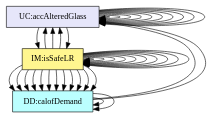
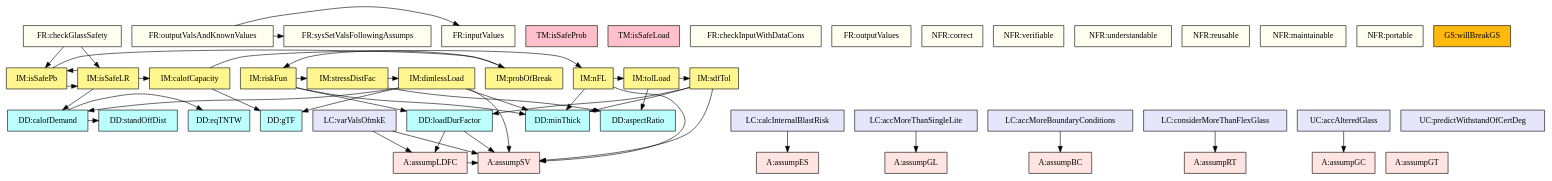
The diagram in code/stable/glassbr/TraceyGraph/allvsall.dot (JacquesCarette/Drasil), drawn with Graphviz before and after one commit. The commit also changed 101 other files, not shown here.

```diff
--- a/code/stable/glassbr/TraceyGraph/allvsall.dot
+++ b/code/stable/glassbr/TraceyGraph/allvsall.dot
@@ -1,134 +1,134 @@
 digraph allvsall {
-	instance:assumpLDFC -> instance:assumpSV;
-	dataDefn:loadDurFactor -> instance:assumpSV;
-	dataDefn:loadDurFactor -> instance:assumpLDFC;
-	dataDefn:demandq -> dataDefn:stdOffDist;
-	dataDefn:demandq -> dataDefn:eqTNTChar;
-	theory:riskFun -> dataDefn:minThick;
-	theory:riskFun -> dataDefn:loadDurFactor;
-	theory:riskFun -> theory:stressDistFac;
-	theory:stressDistFac -> dataDefn:aR;
-	theory:stressDistFac -> theory:dimlessLoad;
-	theory:nFL -> instance:assumpSV;
-	theory:nFL -> dataDefn:minThick;
-	theory:nFL -> theory:tolLoad;
-	theory:dimlessLoad -> instance:assumpSV;
-	theory:dimlessLoad -> dataDefn:minThick;
-	theory:dimlessLoad -> dataDefn:glassTypeFac;
-	theory:dimlessLoad -> dataDefn:demandq;
-	theory:tolLoad -> dataDefn:aR;
-	theory:tolLoad -> theory:sdfTol;
-	theory:sdfTol -> instance:assumpSV;
-	theory:sdfTol -> dataDefn:minThick;
-	theory:sdfTol -> dataDefn:loadDurFactor;
-	theory:probBr -> theory:riskFun;
-	theory:lResistance -> dataDefn:glassTypeFac;
-	theory:lResistance -> theory:nFL;
-	theory:isSafePb -> theory:probBr;
-	theory:isSafePb -> theory:isSafeLR;
-	theory:isSafeLR -> dataDefn:demandq;
-	theory:isSafeLR -> theory:lResistance;
-	theory:isSafeLR -> theory:isSafePb;
-	instance:outputValsAndKnownValues -> instance:inputValues;
-	instance:outputValsAndKnownValues -> instance:sysSetValsFollowingAssumps;
-	instance:checkGlassSafety -> theory:isSafePb;
-	instance:checkGlassSafety -> theory:isSafeLR;
-	instance:calcInternalBlastRisk -> instance:assumpES;
-	instance:varValsOfmkE -> instance:assumpSV;
-	instance:varValsOfmkE -> instance:assumpLDFC;
-	instance:accMoreThanSingleLite -> instance:assumpGL;
-	instance:accMoreBoundaryConditions -> instance:assumpBC;
-	instance:considerMoreThanFlexGlass -> instance:assumpRT;
-	instance:accAlteredGlass -> instance:assumpGC;
+	"instance:assumpLDFC" -> "instance:assumpSV";
+	"dataDefn:loadDurFactor" -> "instance:assumpSV";
+	"dataDefn:loadDurFactor" -> "instance:assumpLDFC";
+	"dataDefn:demandq" -> "dataDefn:stdOffDist";
+	"dataDefn:demandq" -> "dataDefn:eqTNTChar";
+	"theory:riskFun" -> "dataDefn:minThick";
+	"theory:riskFun" -> "dataDefn:loadDurFactor";
+	"theory:riskFun" -> "theory:stressDistFac";
+	"theory:stressDistFac" -> "dataDefn:aR";
+	"theory:stressDistFac" -> "theory:dimlessLoad";
+	"theory:nFL" -> "instance:assumpSV";
+	"theory:nFL" -> "dataDefn:minThick";
+	"theory:nFL" -> "theory:tolLoad";
+	"theory:dimlessLoad" -> "instance:assumpSV";
+	"theory:dimlessLoad" -> "dataDefn:minThick";
+	"theory:dimlessLoad" -> "dataDefn:glassTypeFac";
+	"theory:dimlessLoad" -> "dataDefn:demandq";
+	"theory:tolLoad" -> "dataDefn:aR";
+	"theory:tolLoad" -> "theory:sdfTol";
+	"theory:sdfTol" -> "instance:assumpSV";
+	"theory:sdfTol" -> "dataDefn:minThick";
+	"theory:sdfTol" -> "dataDefn:loadDurFactor";
+	"theory:probBr" -> "theory:riskFun";
+	"theory:lResistance" -> "dataDefn:glassTypeFac";
+	"theory:lResistance" -> "theory:nFL";
+	"theory:isSafePb" -> "theory:probBr";
+	"theory:isSafePb" -> "theory:isSafeLR";
+	"theory:isSafeLR" -> "dataDefn:demandq";
+	"theory:isSafeLR" -> "theory:lResistance";
+	"theory:isSafeLR" -> "theory:isSafePb";
+	"instance:outputValsAndKnownValues" -> "instance:inputValues";
+	"instance:outputValsAndKnownValues" -> "instance:sysSetValsFollowingAssumps";
+	"instance:checkGlassSafety" -> "theory:isSafePb";
+	"instance:checkGlassSafety" -> "theory:isSafeLR";
+	"instance:calcInternalBlastRisk" -> "instance:assumpES";
+	"instance:varValsOfmkE" -> "instance:assumpSV";
+	"instance:varValsOfmkE" -> "instance:assumpLDFC";
+	"instance:accMoreThanSingleLite" -> "instance:assumpGL";
+	"instance:accMoreBoundaryConditions" -> "instance:assumpBC";
+	"instance:considerMoreThanFlexGlass" -> "instance:assumpRT";
+	"instance:accAlteredGlass" -> "instance:assumpGC";
 
 
-	instance:assumpGT	[shape=box, color=black, style=filled, fillcolor=mistyrose, label="A:assumpGT"];
-	instance:assumpGC	[shape=box, color=black, style=filled, fillcolor=mistyrose, label="A:assumpGC"];
-	instance:assumpES	[shape=box, color=black, style=filled, fillcolor=mistyrose, label="A:assumpES"];
-	instance:assumpSV	[shape=box, color=black, style=filled, fillcolor=mistyrose, label="A:assumpSV"];
-	instance:assumpGL	[shape=box, color=black, style=filled, fillcolor=mistyrose, label="A:assumpGL"];
-	instance:assumpBC	[shape=box, color=black, style=filled, fillcolor=mistyrose, label="A:assumpBC"];
-	instance:assumpRT	[shape=box, color=black, style=filled, fillcolor=mistyrose, label="A:assumpRT"];
-	instance:assumpLDFC	[shape=box, color=black, style=filled, fillcolor=mistyrose, label="A:assumpLDFC"];
+	"instance:assumpGT"	[shape=box, color=black, style=filled, fillcolor=mistyrose, label="A:assumpGT"];
+	"instance:assumpGC"	[shape=box, color=black, style=filled, fillcolor=mistyrose, label="A:assumpGC"];
+	"instance:assumpES"	[shape=box, color=black, style=filled, fillcolor=mistyrose, label="A:assumpES"];
+	"instance:assumpSV"	[shape=box, color=black, style=filled, fillcolor=mistyrose, label="A:assumpSV"];
+	"instance:assumpGL"	[shape=box, color=black, style=filled, fillcolor=mistyrose, label="A:assumpGL"];
+	"instance:assumpBC"	[shape=box, color=black, style=filled, fillcolor=mistyrose, label="A:assumpBC"];
+	"instance:assumpRT"	[shape=box, color=black, style=filled, fillcolor=mistyrose, label="A:assumpRT"];
+	"instance:assumpLDFC"	[shape=box, color=black, style=filled, fillcolor=mistyrose, label="A:assumpLDFC"];
 
 	subgraph A {
 	rank="same"
-	{instance:assumpGT, instance:assumpGC, instance:assumpES, instance:assumpSV, instance:assumpGL, instance:assumpBC, instance:assumpRT, instance:assumpLDFC}
+	{"instance:assumpGT", "instance:assumpGC", "instance:assumpES", "instance:assumpSV", "instance:assumpGL", "instance:assumpBC", "instance:assumpRT", "instance:assumpLDFC"}
 	}
 
-	dataDefn:minThick	[shape=box, color=black, style=filled, fillcolor=paleturquoise1, label="DD:minThick"];
-	dataDefn:loadDurFactor	[shape=box, color=black, style=filled, fillcolor=paleturquoise1, label="DD:loadDurFactor"];
-	dataDefn:glassTypeFac	[shape=box, color=black, style=filled, fillcolor=paleturquoise1, label="DD:gTF"];
-	dataDefn:stdOffDist	[shape=box, color=black, style=filled, fillcolor=paleturquoise1, label="DD:standOffDist"];
-	dataDefn:aR	[shape=box, color=black, style=filled, fillcolor=paleturquoise1, label="DD:aspectRatio"];
-	dataDefn:eqTNTChar	[shape=box, color=black, style=filled, fillcolor=paleturquoise1, label="DD:eqTNTW"];
-	dataDefn:demandq	[shape=box, color=black, style=filled, fillcolor=paleturquoise1, label="DD:calofDemand"];
+	"dataDefn:minThick"	[shape=box, color=black, style=filled, fillcolor=paleturquoise1, label="DD:minThick"];
+	"dataDefn:loadDurFactor"	[shape=box, color=black, style=filled, fillcolor=paleturquoise1, label="DD:loadDurFactor"];
+	"dataDefn:glassTypeFac"	[shape=box, color=black, style=filled, fillcolor=paleturquoise1, label="DD:gTF"];
+	"dataDefn:stdOffDist"	[shape=box, color=black, style=filled, fillcolor=paleturquoise1, label="DD:standOffDist"];
+	"dataDefn:aR"	[shape=box, color=black, style=filled, fillcolor=paleturquoise1, label="DD:aspectRatio"];
+	"dataDefn:eqTNTChar"	[shape=box, color=black, style=filled, fillcolor=paleturquoise1, label="DD:eqTNTW"];
+	"dataDefn:demandq"	[shape=box, color=black, style=filled, fillcolor=paleturquoise1, label="DD:calofDemand"];
 
 	subgraph DD {
 	rank="same"
-	{dataDefn:minThick, dataDefn:loadDurFactor, dataDefn:glassTypeFac, dataDefn:stdOffDist, dataDefn:aR, dataDefn:eqTNTChar, dataDefn:demandq}
+	{"dataDefn:minThick", "dataDefn:loadDurFactor", "dataDefn:glassTypeFac", "dataDefn:stdOffDist", "dataDefn:aR", "dataDefn:eqTNTChar", "dataDefn:demandq"}
 	}
 
-	theory:isSafeProb	[shape=box, color=black, style=filled, fillcolor=pink, label="TM:isSafeProb"];
-	theory:isSafeLoad	[shape=box, color=black, style=filled, fillcolor=pink, label="TM:isSafeLoad"];
+	"theory:isSafeProb"	[shape=box, color=black, style=filled, fillcolor=pink, label="TM:isSafeProb"];
+	"theory:isSafeLoad"	[shape=box, color=black, style=filled, fillcolor=pink, label="TM:isSafeLoad"];
 
 	subgraph TM {
 	rank="same"
-	{theory:isSafeProb, theory:isSafeLoad}
+	{"theory:isSafeProb", "theory:isSafeLoad"}
 	}
 
-	theory:riskFun	[shape=box, color=black, style=filled, fillcolor=khaki1, label="IM:riskFun"];
-	theory:stressDistFac	[shape=box, color=black, style=filled, fillcolor=khaki1, label="IM:stressDistFac"];
-	theory:nFL	[shape=box, color=black, style=filled, fillcolor=khaki1, label="IM:nFL"];
-	theory:dimlessLoad	[shape=box, color=black, style=filled, fillcolor=khaki1, label="IM:dimlessLoad"];
-	theory:tolLoad	[shape=box, color=black, style=filled, fillcolor=khaki1, label="IM:tolLoad"];
-	theory:sdfTol	[shape=box, color=black, style=filled, fillcolor=khaki1, label="IM:sdfTol"];
-	theory:probBr	[shape=box, color=black, style=filled, fillcolor=khaki1, label="IM:probOfBreak"];
-	theory:lResistance	[shape=box, color=black, style=filled, fillcolor=khaki1, label="IM:calofCapacity"];
-	theory:isSafePb	[shape=box, color=black, style=filled, fillcolor=khaki1, label="IM:isSafePb"];
-	theory:isSafeLR	[shape=box, color=black, style=filled, fillcolor=khaki1, label="IM:isSafeLR"];
+	"theory:riskFun"	[shape=box, color=black, style=filled, fillcolor=khaki1, label="IM:riskFun"];
+	"theory:stressDistFac"	[shape=box, color=black, style=filled, fillcolor=khaki1, label="IM:stressDistFac"];
+	"theory:nFL"	[shape=box, color=black, style=filled, fillcolor=khaki1, label="IM:nFL"];
+	"theory:dimlessLoad"	[shape=box, color=black, style=filled, fillcolor=khaki1, label="IM:dimlessLoad"];
+	"theory:tolLoad"	[shape=box, color=black, style=filled, fillcolor=khaki1, label="IM:tolLoad"];
+	"theory:sdfTol"	[shape=box, color=black, style=filled, fillcolor=khaki1, label="IM:sdfTol"];
+	"theory:probBr"	[shape=box, color=black, style=filled, fillcolor=khaki1, label="IM:probOfBreak"];
+	"theory:lResistance"	[shape=box, color=black, style=filled, fillcolor=khaki1, label="IM:calofCapacity"];
+	"theory:isSafePb"	[shape=box, color=black, style=filled, fillcolor=khaki1, label="IM:isSafePb"];
+	"theory:isSafeLR"	[shape=box, color=black, style=filled, fillcolor=khaki1, label="IM:isSafeLR"];
 
 	subgraph IM {
 	rank="same"
-	{theory:riskFun, theory:stressDistFac, theory:nFL, theory:dimlessLoad, theory:tolLoad, theory:sdfTol, theory:probBr, theory:lResistance, theory:isSafePb, theory:isSafeLR}
+	{"theory:riskFun", "theory:stressDistFac", "theory:nFL", "theory:dimlessLoad", "theory:tolLoad", "theory:sdfTol", "theory:probBr", "theory:lResistance", "theory:isSafePb", "theory:isSafeLR"}
 	}
 
-	instance:inputValues	[shape=box, color=black, style=filled, fillcolor=ivory, label="FR:inputValues"];
-	instance:sysSetValsFollowingAssumps	[shape=box, color=black, style=filled, fillcolor=ivory, label="FR:sysSetValsFollowingAssumps"];
-	instance:checkInputWithDataCons	[shape=box, color=black, style=filled, fillcolor=ivory, label="FR:checkInputWithDataCons"];
-	instance:outputValsAndKnownValues	[shape=box, color=black, style=filled, fillcolor=ivory, label="FR:outputValsAndKnownValues"];
-	instance:checkGlassSafety	[shape=box, color=black, style=filled, fillcolor=ivory, label="FR:checkGlassSafety"];
-	instance:outputValues	[shape=box, color=black, style=filled, fillcolor=ivory, label="FR:outputValues"];
-	instance:correct	[shape=box, color=black, style=filled, fillcolor=ivory, label="NFR:correct"];
-	instance:verifiable	[shape=box, color=black, style=filled, fillcolor=ivory, label="NFR:verifiable"];
-	instance:understandable	[shape=box, color=black, style=filled, fillcolor=ivory, label="NFR:understandable"];
-	instance:reusable	[shape=box, color=black, style=filled, fillcolor=ivory, label="NFR:reusable"];
-	instance:maintainable	[shape=box, color=black, style=filled, fillcolor=ivory, label="NFR:maintainable"];
-	instance:portable	[shape=box, color=black, style=filled, fillcolor=ivory, label="NFR:portable"];
+	"instance:inputValues"	[shape=box, color=black, style=filled, fillcolor=ivory, label="FR:inputValues"];
+	"instance:sysSetValsFollowingAssumps"	[shape=box, color=black, style=filled, fillcolor=ivory, label="FR:sysSetValsFollowingAssumps"];
+	"instance:checkInputWithDataCons"	[shape=box, color=black, style=filled, fillcolor=ivory, label="FR:checkInputWithDataCons"];
+	"instance:outputValsAndKnownValues"	[shape=box, color=black, style=filled, fillcolor=ivory, label="FR:outputValsAndKnownValues"];
+	"instance:checkGlassSafety"	[shape=box, color=black, style=filled, fillcolor=ivory, label="FR:checkGlassSafety"];
+	"instance:outputValues"	[shape=box, color=black, style=filled, fillcolor=ivory, label="FR:outputValues"];
+	"instance:correct"	[shape=box, color=black, style=filled, fillcolor=ivory, label="NFR:correct"];
+	"instance:verifiable"	[shape=box, color=black, style=filled, fillcolor=ivory, label="NFR:verifiable"];
+	"instance:understandable"	[shape=box, color=black, style=filled, fillcolor=ivory, label="NFR:understandable"];
+	"instance:reusable"	[shape=box, color=black, style=filled, fillcolor=ivory, label="NFR:reusable"];
+	"instance:maintainable"	[shape=box, color=black, style=filled, fillcolor=ivory, label="NFR:maintainable"];
+	"instance:portable"	[shape=box, color=black, style=filled, fillcolor=ivory, label="NFR:portable"];
 
 	subgraph FR {
 	rank="same"
-	{instance:inputValues, instance:sysSetValsFollowingAssumps, instance:checkInputWithDataCons, instance:outputValsAndKnownValues, instance:checkGlassSafety, instance:outputValues, instance:correct, instance:verifiable, instance:understandable, instance:reusable, instance:maintainable, instance:portable}
+	{"instance:inputValues", "instance:sysSetValsFollowingAssumps", "instance:checkInputWithDataCons", "instance:outputValsAndKnownValues", "instance:checkGlassSafety", "instance:outputValues", "instance:correct", "instance:verifiable", "instance:understandable", "instance:reusable", "instance:maintainable", "instance:portable"}
 	}
 
-	instance:willBreakGS	[shape=box, color=black, style=filled, fillcolor=darkgoldenrod1, label="GS:willBreakGS"];
+	"instance:willBreakGS"	[shape=box, color=black, style=filled, fillcolor=darkgoldenrod1, label="GS:willBreakGS"];
 
 	subgraph GS {
 	rank="same"
-	{instance:willBreakGS}
+	{"instance:willBreakGS"}
 	}
 
-	instance:calcInternalBlastRisk	[shape=box, color=black, style=filled, fillcolor=lavender, label="LC:calcInternalBlastRisk"];
-	instance:varValsOfmkE	[shape=box, color=black, style=filled, fillcolor=lavender, label="LC:varValsOfmkE"];
-	instance:accMoreThanSingleLite	[shape=box, color=black, style=filled, fillcolor=lavender, label="LC:accMoreThanSingleLite"];
-	instance:accMoreBoundaryConditions	[shape=box, color=black, style=filled, fillcolor=lavender, label="LC:accMoreBoundaryConditions"];
-	instance:considerMoreThanFlexGlass	[shape=box, color=black, style=filled, fillcolor=lavender, label="LC:considerMoreThanFlexGlass"];
-	instance:predictWithstandOfCertDeg	[shape=box, color=black, style=filled, fillcolor=lavender, label="UC:predictWithstandOfCertDeg"];
-	instance:accAlteredGlass	[shape=box, color=black, style=filled, fillcolor=lavender, label="UC:accAlteredGlass"];
+	"instance:calcInternalBlastRisk"	[shape=box, color=black, style=filled, fillcolor=lavender, label="LC:calcInternalBlastRisk"];
+	"instance:varValsOfmkE"	[shape=box, color=black, style=filled, fillcolor=lavender, label="LC:varValsOfmkE"];
+	"instance:accMoreThanSingleLite"	[shape=box, color=black, style=filled, fillcolor=lavender, label="LC:accMoreThanSingleLite"];
+	"instance:accMoreBoundaryConditions"	[shape=box, color=black, style=filled, fillcolor=lavender, label="LC:accMoreBoundaryConditions"];
+	"instance:considerMoreThanFlexGlass"	[shape=box, color=black, style=filled, fillcolor=lavender, label="LC:considerMoreThanFlexGlass"];
+	"instance:predictWithstandOfCertDeg"	[shape=box, color=black, style=filled, fillcolor=lavender, label="UC:predictWithstandOfCertDeg"];
+	"instance:accAlteredGlass"	[shape=box, color=black, style=filled, fillcolor=lavender, label="UC:accAlteredGlass"];
 
 	subgraph LC {
 	rank="same"
-	{instance:calcInternalBlastRisk, instance:varValsOfmkE, instance:accMoreThanSingleLite, instance:accMoreBoundaryConditions, instance:considerMoreThanFlexGlass, instance:predictWithstandOfCertDeg, instance:accAlteredGlass}
+	{"instance:calcInternalBlastRisk", "instance:varValsOfmkE", "instance:accMoreThanSingleLite", "instance:accMoreBoundaryConditions", "instance:considerMoreThanFlexGlass", "instance:predictWithstandOfCertDeg", "instance:accAlteredGlass"}
 	}
 
 }
```
